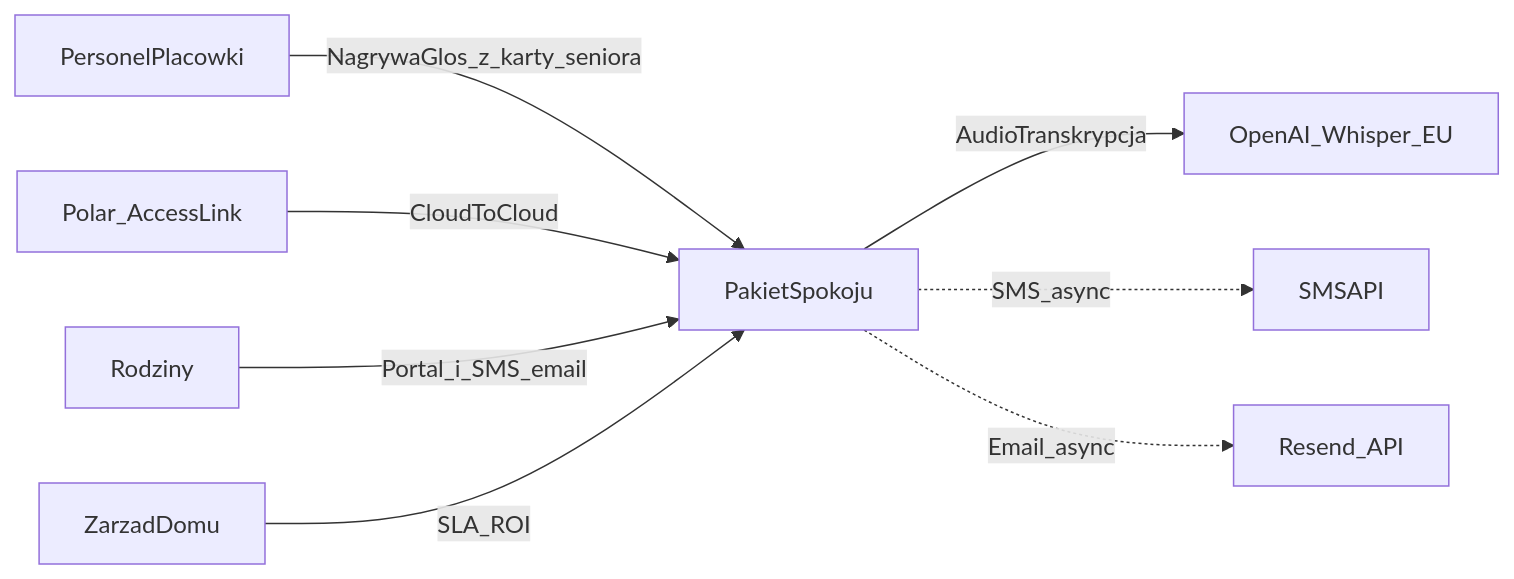
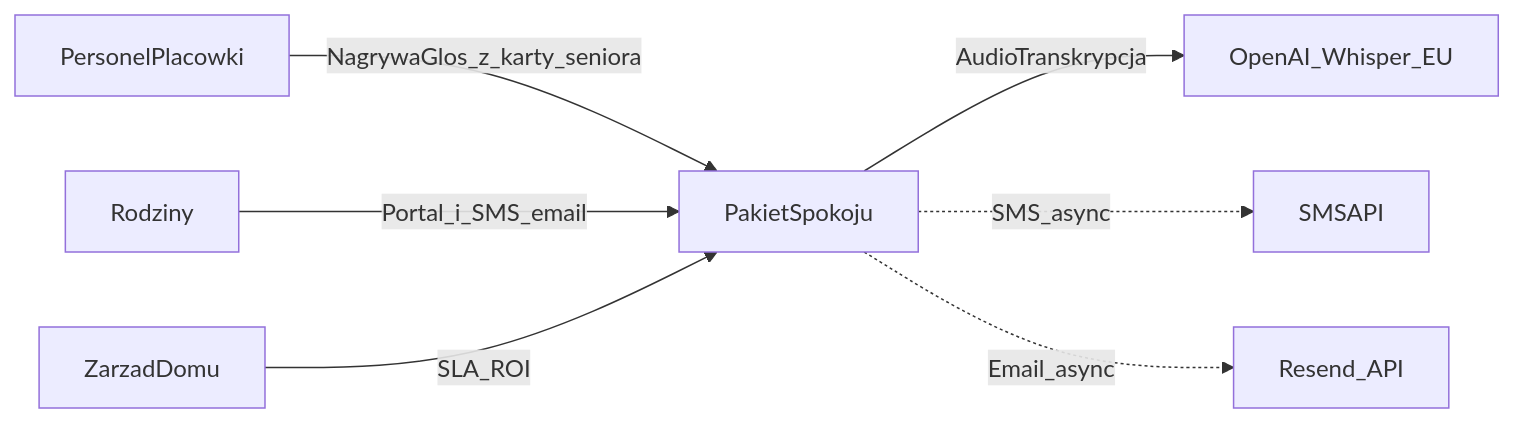
One commit to darkov89/smart-senior changed the first of 3 diagrams in docs/HLD.md. Above: the diagram before and after it, drawn with Mermaid. The commit also changed other lines of this file and 44 other files, not shown here.

First line of the commit message:
Drop Polar ingest from MVP and land daily agenda schema.

````diff
--- a/docs/HLD.md
+++ b/docs/HLD.md
@@ -55,10 +55,9 @@
 ```mermaid
 flowchart LR
   Staff[PersonelPlacowki] -->|NagrywaGlos_z_karty_seniora| Platform[PakietSpokoju]
-  Polar[Polar_AccessLink] -->|CloudToCloud| Platform
   Family[Rodziny] -->|Portal_i_SMS_email| Platform
   Mgmt[ZarzadDomu] -->|SLA_ROI| Platform
   Platform -->|AudioTranskrypcja| Whisper[OpenAI_Whisper_EU]
   Platform -.->|SMS_async| SMS[SMSAPI]
   Platform -.->|Email_async| Resend[Resend_API]
 ```
````
